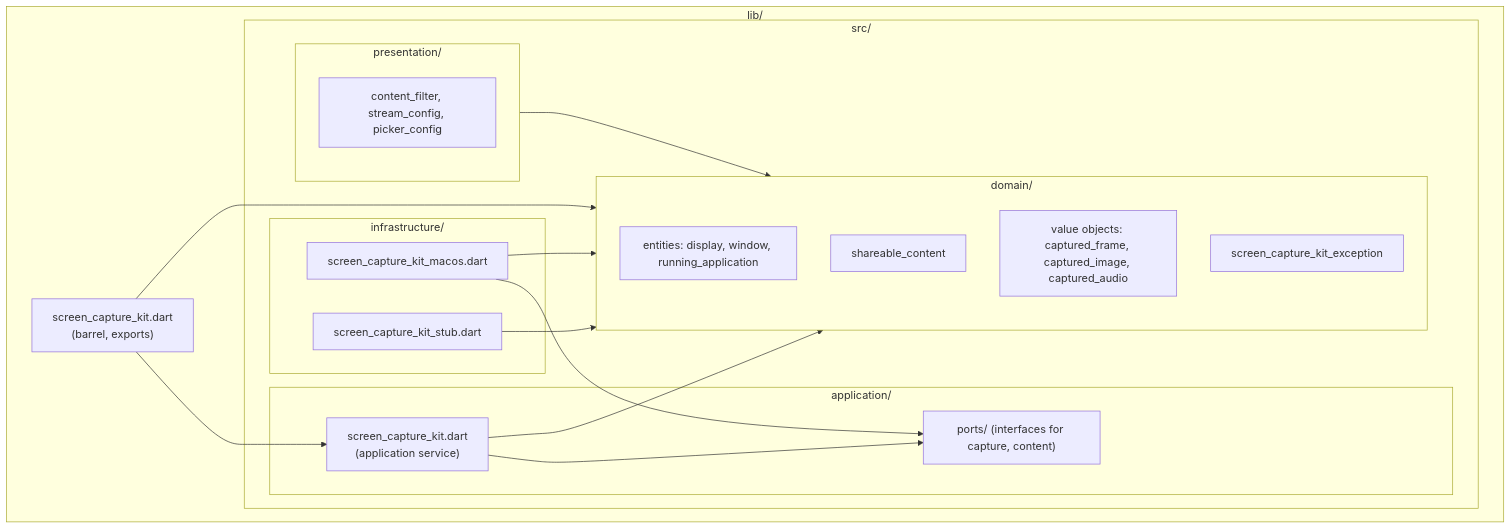
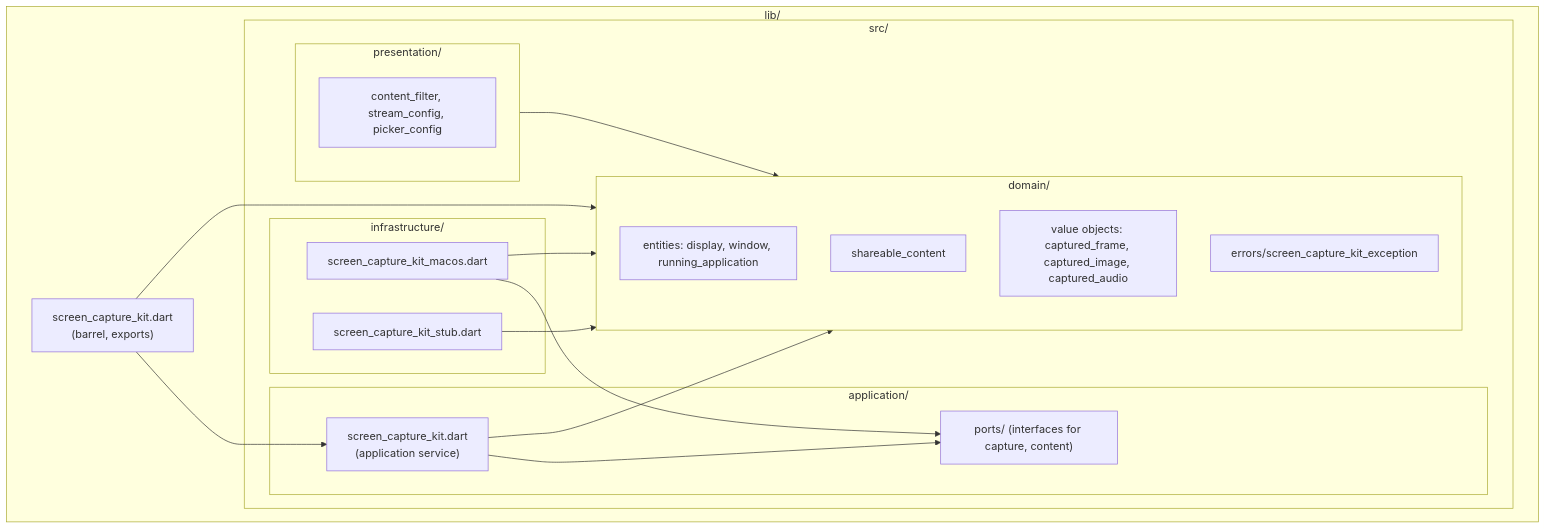
One commit to blendfactory/screen-capture-kit changed the third of 4 diagrams in .cursor/rules/architecture-ddd-layered.mdc. Above: the diagram before and after it, drawn with Mermaid. The commit also changed other lines of this file and 4 other files, not shown here.

First line of the commit message:
refactor(domain): move ScreenCaptureKitException to errors/

````diff
--- a/.cursor/rules/architecture-ddd-layered.mdc
+++ b/.cursor/rules/architecture-ddd-layered.mdc
@@ -82,33 +82,33 @@
 ```mermaid
 flowchart TB
   subgraph lib["lib/"]
     barrel["screen_capture_kit.dart\n(barrel, exports)"]
     subgraph src["src/"]
       subgraph domain["domain/"]
         d_entities["entities: display, window, running_application"]
         d_aggregates["shareable_content"]
         d_values["value objects: captured_frame, captured_image, captured_audio"]
-        d_errors["screen_capture_kit_exception"]
+        d_errors["errors/screen_capture_kit_exception"]
       end
       subgraph application["application/"]
         app_service["screen_capture_kit.dart\n(application service)"]
         app_ports["ports/ (interfaces for capture, content)"]
       end
       subgraph infrastructure["infrastructure/"]
         impl_macos["screen_capture_kit_macos.dart"]
         impl_stub["screen_capture_kit_stub.dart"]
       end
       subgraph presentation["presentation/"]
         config["content_filter, stream_config, picker_config"]
       end
     end
   end
   barrel --> app_service
   barrel --> domain
   app_service --> domain
   app_service --> app_ports
   impl_macos --> domain
   impl_macos --> app_ports
   impl_stub --> domain
   presentation --> domain
 ```
````
